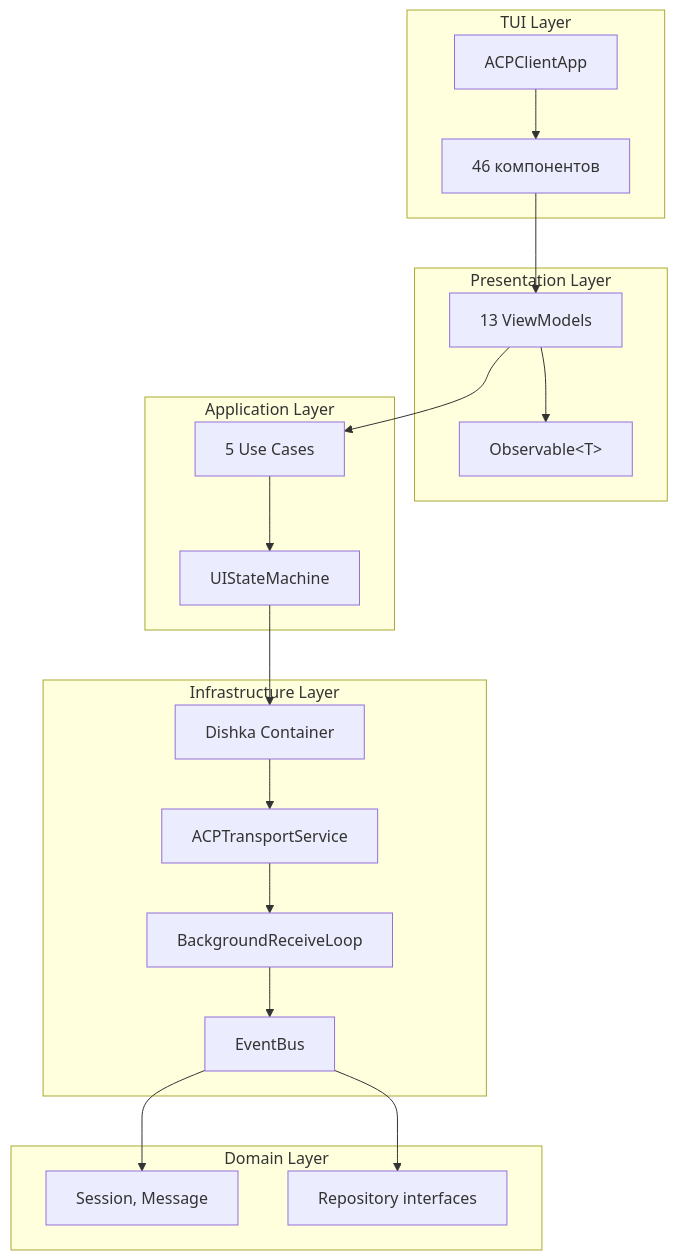
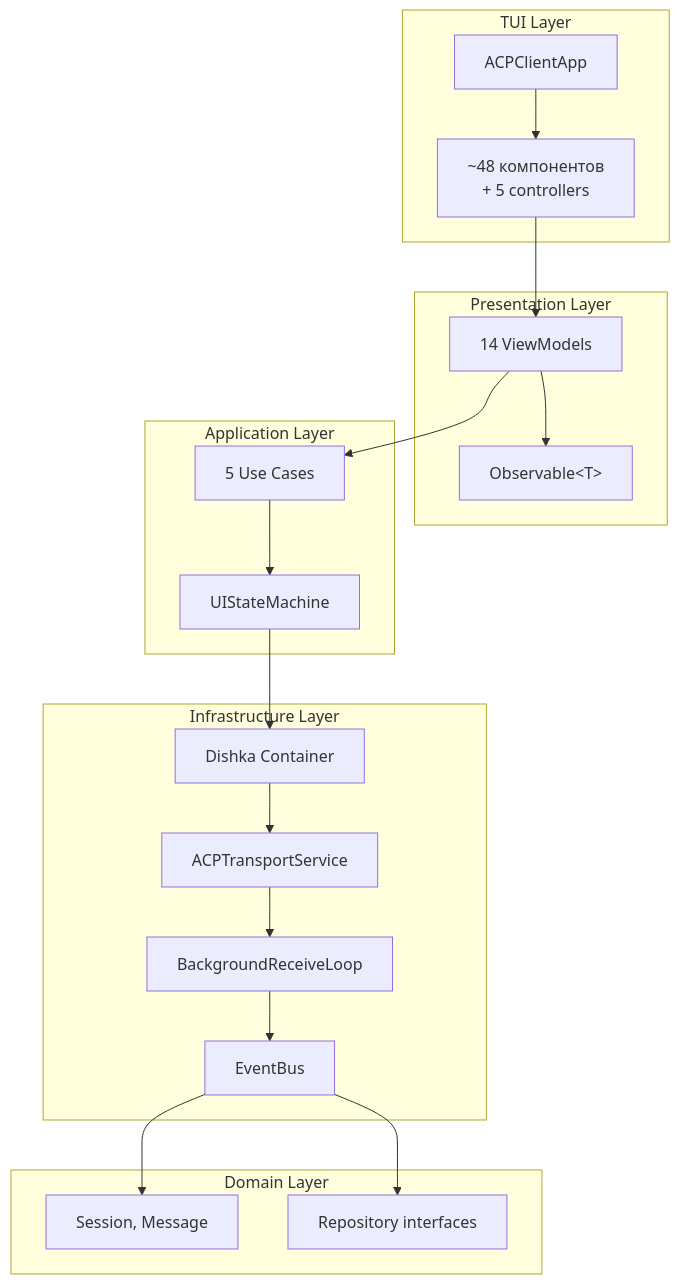
Before and after one commit to pese-git/codelab-agent: the diagram in doc/product/developer-guide/core/client-development.md, drawn with Mermaid. The commit also changed other lines of this file and 10 other files, not shown here.

First line of the commit message:
docs(arch): синхронизация архитектурных диаграмм и ссылок с кодом

````diff
--- a/doc/product/developer-guide/core/client-development.md
+++ b/doc/product/developer-guide/core/client-development.md
@@ -9,34 +9,34 @@
 ```mermaid
 graph TB
     subgraph TUI["TUI Layer"]
         App[ACPClientApp]
-        Components[46 компонентов]
+        Components["~48 компонентов<br/>+ 5 controllers"]
     end
     
     subgraph Presentation["Presentation Layer"]
-        VM[13 ViewModels]
+        VM[14 ViewModels]
         Obs["Observable&lt;T&gt;"]
     end
     
     subgraph Application["Application Layer"]
         UC[5 Use Cases]
         SM[UIStateMachine]
     end
     
     subgraph Infrastructure["Infrastructure Layer"]
         DI[Dishka Container]
         TS[ACPTransportService]
         BgLoop[BackgroundReceiveLoop]
         EB[EventBus]
     end
     
     subgraph Domain["Domain Layer"]
         Entities["Session, Message"]
         Repos[Repository interfaces]
     end
     
     App --> Components --> VM --> Obs
     VM --> UC --> SM
     SM --> DI --> TS --> BgLoop --> EB
     EB --> Entities & Repos
 ```
````
